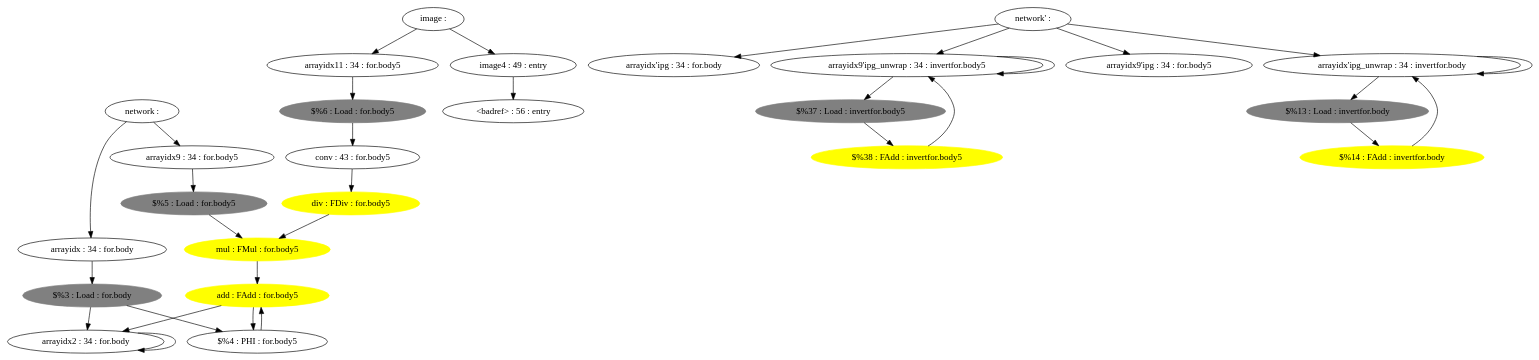
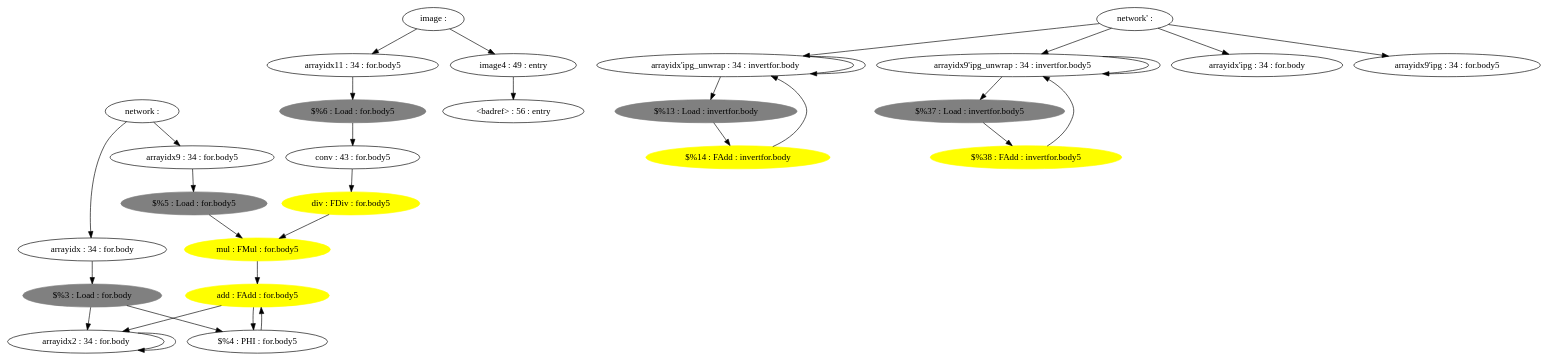
The diagram in benchmarks/sys_validation/matd2_rev/hw/forward.dot (sfu-arch/gem5-SALAM), drawn with Graphviz before and after one commit. The commit also changed other lines of this file and 51 other files, not shown here.

```diff
--- a/benchmarks/sys_validation/matd2_rev/hw/forward.dot
+++ b/benchmarks/sys_validation/matd2_rev/hw/forward.dot
@@ -1,43 +1,43 @@
 digraph G {
 		"arrayidx11 : 34 : for.body5" -> "$%6 : Load : for.body5" 
 		"arrayidx : 34 : for.body" -> "$%3 : Load : for.body" 
 		"arrayidx9 : 34 : for.body5" -> "$%5 : Load : for.body5" 
 		"$%5 : Load : for.body5" [color = gray style=filled];
 		"$%5 : Load : for.body5" -> "mul : FMul : for.body5" 
 		"$%6 : Load : for.body5" [color = gray style=filled];
 		"$%6 : Load : for.body5" -> "conv : 43 : for.body5" 
 		"conv : 43 : for.body5" -> "div : FDiv : for.body5" 
 		"div : FDiv : for.body5" [color = yellow style=filled];
 		"div : FDiv : for.body5" -> "mul : FMul : for.body5" 
 		"mul : FMul : for.body5" [color = yellow style=filled];
 		"mul : FMul : for.body5" -> "add : FAdd : for.body5" 
 		"add : FAdd : for.body5" [color = yellow style=filled];
+		"add : FAdd : for.body5" -> "arrayidx2 : 34 : for.body" 
 		"add : FAdd : for.body5" -> "$%4 : PHI : for.body5" 
-		"add : FAdd : for.body5" -> "arrayidx2 : 34 : for.body" 
 		"image : " -> "arrayidx11 : 34 : for.body5" 
 		"image : " -> "image4 : 49 : entry" 
 		"network : " -> "arrayidx : 34 : for.body" 
 		"network : " -> "arrayidx9 : 34 : for.body5" 
+		"network' : " -> "arrayidx'ipg_unwrap : 34 : invertfor.body" 
+		"network' : " -> "arrayidx9'ipg_unwrap : 34 : invertfor.body5" 
 		"network' : " -> "arrayidx'ipg : 34 : for.body" 
-		"network' : " -> "arrayidx9'ipg_unwrap : 34 : invertfor.body5" 
 		"network' : " -> "arrayidx9'ipg : 34 : for.body5" 
-		"network' : " -> "arrayidx'ipg_unwrap : 34 : invertfor.body" 
+		"arrayidx'ipg_unwrap : 34 : invertfor.body" -> "arrayidx'ipg_unwrap : 34 : invertfor.body" 
 		"arrayidx'ipg_unwrap : 34 : invertfor.body" -> "$%13 : Load : invertfor.body" 
-		"arrayidx'ipg_unwrap : 34 : invertfor.body" -> "arrayidx'ipg_unwrap : 34 : invertfor.body" 
 		"$%3 : Load : for.body" [color = gray style=filled];
+		"$%3 : Load : for.body" -> "arrayidx2 : 34 : for.body" 
 		"$%3 : Load : for.body" -> "$%4 : PHI : for.body5" 
-		"$%3 : Load : for.body" -> "arrayidx2 : 34 : for.body" 
 		"arrayidx2 : 34 : for.body" -> "arrayidx2 : 34 : for.body" 
 		"$%4 : PHI : for.body5" -> "add : FAdd : for.body5" 
 		"$%13 : Load : invertfor.body" [color = gray style=filled];
 		"$%13 : Load : invertfor.body" -> "$%14 : FAdd : invertfor.body" 
 		"$%14 : FAdd : invertfor.body" [color = yellow style=filled];
 		"$%14 : FAdd : invertfor.body" -> "arrayidx'ipg_unwrap : 34 : invertfor.body" 
 		"image4 : 49 : entry" -> "<badref> : 56 : entry" 
+		"arrayidx9'ipg_unwrap : 34 : invertfor.body5" -> "arrayidx9'ipg_unwrap : 34 : invertfor.body5" 
 		"arrayidx9'ipg_unwrap : 34 : invertfor.body5" -> "$%37 : Load : invertfor.body5" 
-		"arrayidx9'ipg_unwrap : 34 : invertfor.body5" -> "arrayidx9'ipg_unwrap : 34 : invertfor.body5" 
 		"$%37 : Load : invertfor.body5" [color = gray style=filled];
 		"$%37 : Load : invertfor.body5" -> "$%38 : FAdd : invertfor.body5" 
 		"$%38 : FAdd : invertfor.body5" [color = yellow style=filled];
 		"$%38 : FAdd : invertfor.body5" -> "arrayidx9'ipg_unwrap : 34 : invertfor.body5" 
 }
```
